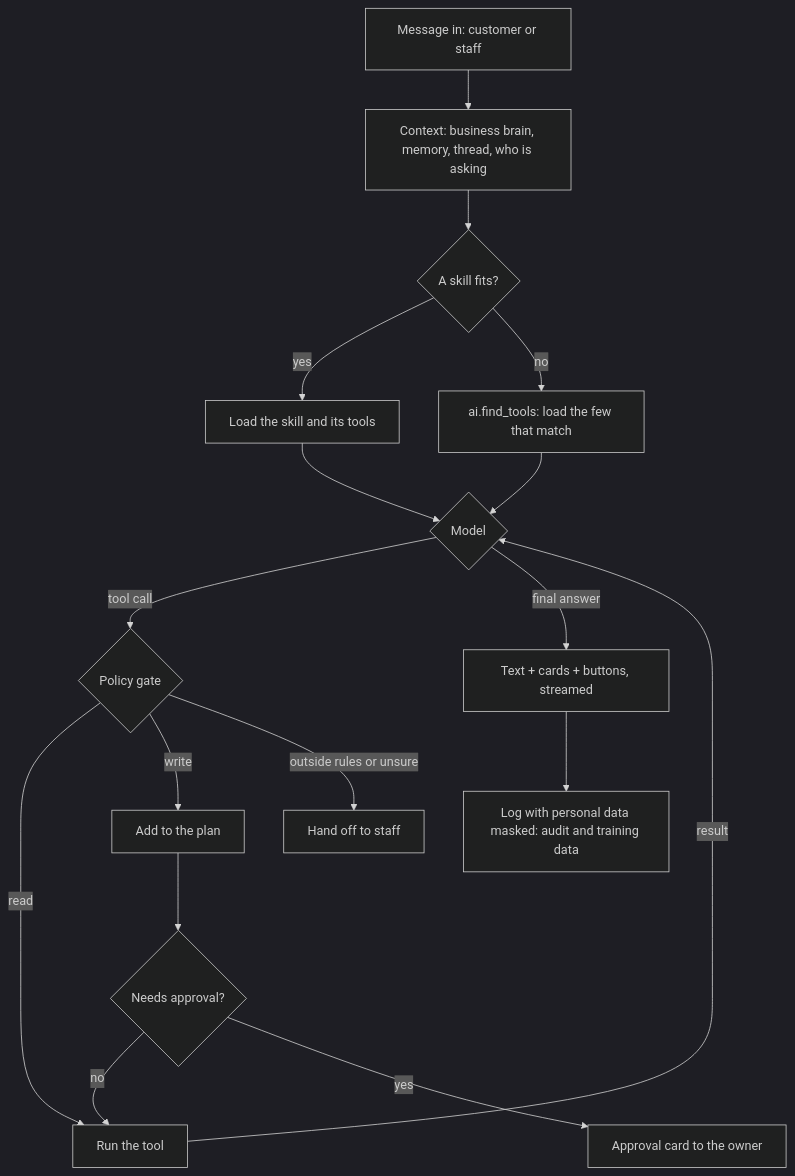
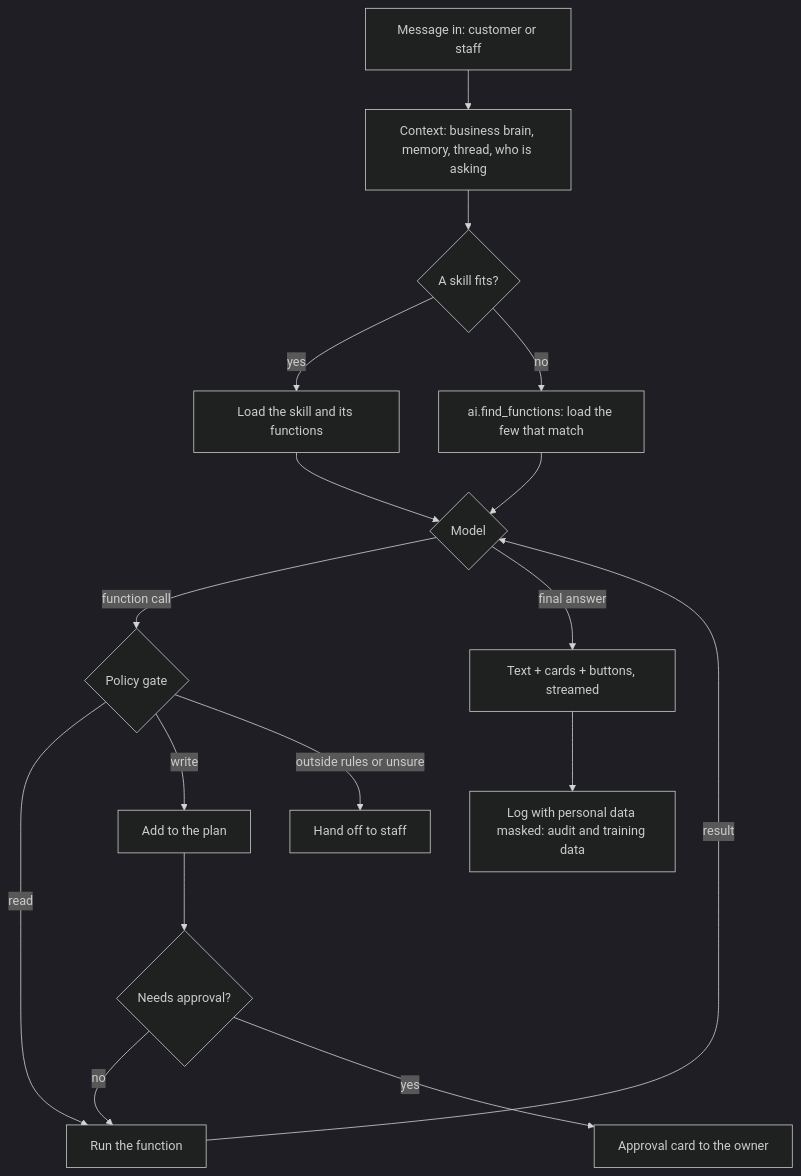
The sixth of 11 diagrams in technical-structure.md (puagraduationproject/graduationproject), drawn with Mermaid (dark theme) before and after one commit. The commit also changed other lines of this file and 2 other files, not shown here.

Commit message:
Design: tools are now called functions

````diff
--- a/technical-structure.md
+++ b/technical-structure.md
@@ -766,18 +769,18 @@
 ```mermaid
 flowchart TD
   M["Message in: customer or staff"] --> CTX["Context: business brain, memory, thread, who is asking"]
   CTX --> SKL{"A skill fits?"}
-  SKL -->|yes| LOAD["Load the skill and its tools"]
-  SKL -->|no| FIND["ai.find_tools: load the few that match"]
+  SKL -->|yes| LOAD["Load the skill and its functions"]
+  SKL -->|no| FIND["ai.find_functions: load the few that match"]
   LOAD & FIND --> MD{"Model"}
-  MD -->|tool call| GATE{"Policy gate"}
-  GATE -->|read| RUN["Run the tool"]
+  MD -->|function call| GATE{"Policy gate"}
+  GATE -->|read| RUN["Run the function"]
   GATE -->|write| PLAN["Add to the plan"]
   GATE -->|outside rules or unsure| HO["Hand off to staff"]
   RUN -->|result| MD
   PLAN --> APR{"Needs approval?"}
   APR -->|no| RUN
   APR -->|yes| CARD["Approval card to the owner"]
   MD -->|final answer| OUT["Text + cards + buttons, streamed"]
   OUT --> LOG["Log with personal data masked: audit and training data"]
 ```
````
